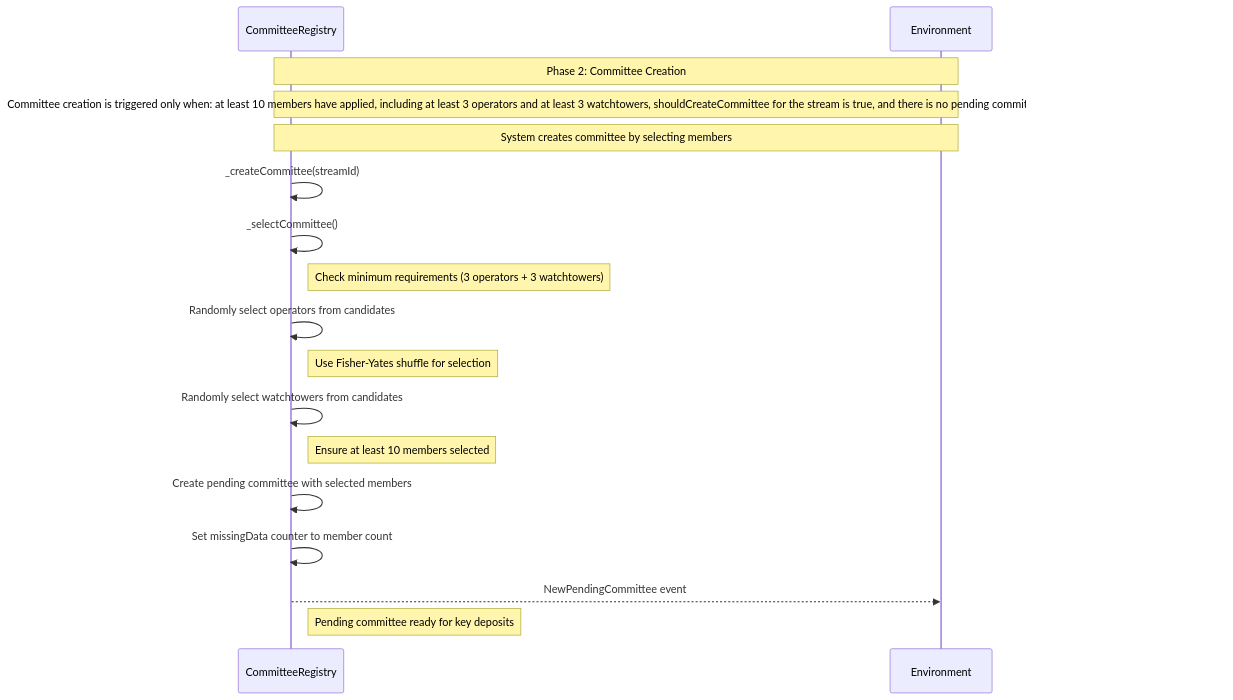
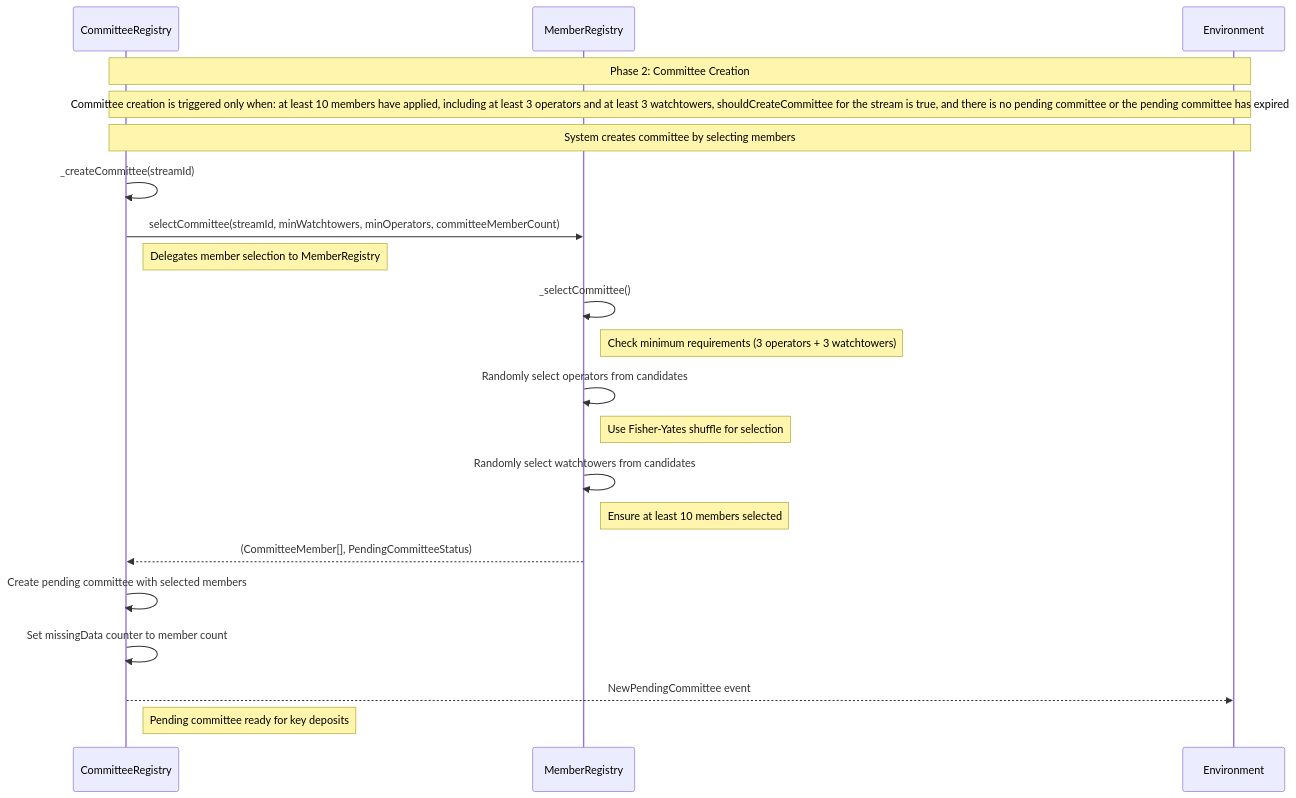
Before and after one commit to rsksmart/union-bridge-contracts: the second of 11 diagrams in README.md, drawn with Mermaid. The commit also changed other lines of this file, not shown here.

Commit message:
Update diagrams after CommitteRegistry split

````diff
--- a/README.md
+++ b/README.md
@@ -71,21 +75,25 @@
 ```mermaid
 sequenceDiagram
     participant CR as CommitteeRegistry
+    participant MR as MemberRegistry
     participant ENV as Environment
 
     Note over CR,ENV: Phase 2: Committee Creation
     Note over CR,ENV: Committee creation is triggered only when: at least 10 members have applied, including at least 3 operators and at least 3 watchtowers, shouldCreateCommittee for the stream is true, and there is no pending committee or the pending committee has expired
     Note over CR,ENV: System creates committee by selecting members
 
     CR->>CR: _createCommittee(streamId)
-    CR->>CR: _selectCommittee()
-    Note right of CR: Check minimum requirements (3 operators + 3 watchtowers)
-    CR->>CR: Randomly select operators from candidates
-    Note right of CR: Use Fisher-Yates shuffle for selection
-    CR->>CR: Randomly select watchtowers from candidates
-    Note right of CR: Ensure at least 10 members selected
+    CR->>MR: selectCommittee(streamId, minWatchtowers, minOperators, committeeMemberCount)
+    Note right of CR: Delegates member selection to MemberRegistry
+    MR->>MR: _selectCommittee()
+    Note right of MR: Check minimum requirements (3 operators + 3 watchtowers)
+    MR->>MR: Randomly select operators from candidates
+    Note right of MR: Use Fisher-Yates shuffle for selection
+    MR->>MR: Randomly select watchtowers from candidates
+    Note right of MR: Ensure at least 10 members selected
+    MR-->>CR: (CommitteeMember[], PendingCommitteeStatus)
     CR->>CR: Create pending committee with selected members
     CR->>CR: Set missingData counter to member count
     CR-->>ENV: NewPendingCommittee event
     Note right of CR: Pending committee ready for key deposits
 ```
````
